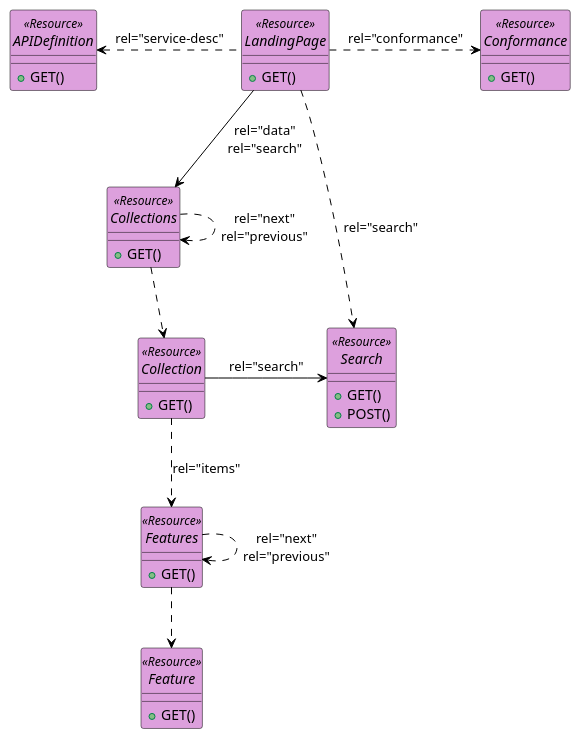
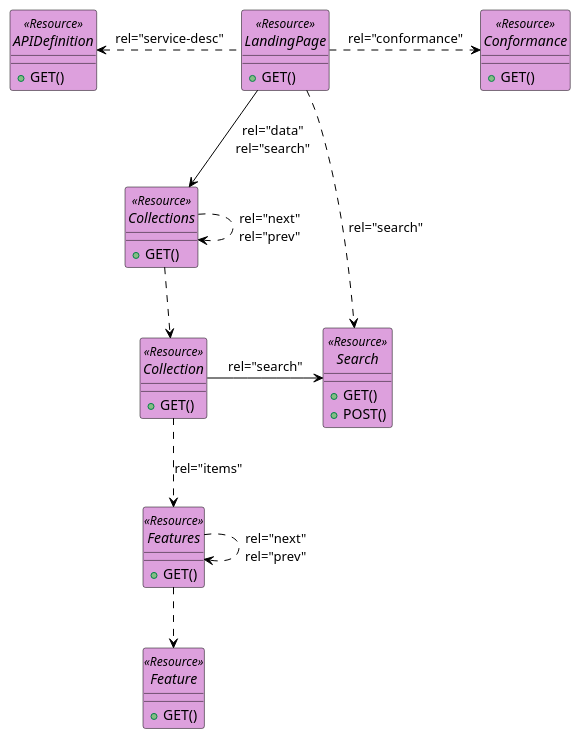
One commit to littleidiot40/stac-federated-search changed the diagram in figures/resources.puml. Above: the diagram before and after it, drawn with PlantUML. The commit also changed 1 other file, not shown here.

Commit message:
renamed previous into prev

```diff
--- a/figures/resources.puml
+++ b/figures/resources.puml
@@ -1,72 +1,72 @@
 @startuml
 
 
 allowmixing
 
 skinparam componentStyle uml2
 skinparam ArrowColor Black
 skinparam ClassBorderColor Black
 skinparam ComponentBorderColor Black
 skinparam ObjectBorderColor Black
 
 hide circle
 ' hide <<Resource>> circle
 show <<GeoJSON>> circle
 ' hide <<Interface>> circle
 
 
 ' interface "<<Resource>>\nC" as CreateFeature #Plum
 
 interface LandingPage <<Resource>>  #Plum {
     +GET()
 }
 
 interface APIDefinition <<Resource>> #Plum {
    +GET()
 }
 
 interface Conformance <<Resource>> #Plum {
    +GET()
 }
 
 interface Collections <<Resource>> #Plum {
    +GET()
 }
 
 interface Collection <<Resource>> #Plum {
    +GET()
 }
 
 interface Features <<Resource>> #Plum {
    +GET()
 }
 
 interface Feature <<Resource>> #Plum {
    +GET()
 }
 
 interface Search <<Resource>> #Plum {
    +GET()
    +POST()
 }
 
 
 LandingPage .left.> APIDefinition : "rel="service-desc"" 
 LandingPage .right.> Conformance : "rel="conformance"" 
 LandingPage ..> Search : "rel="search"" 
 LandingPage -down-> Collections : "rel="data"\nrel="search"" 
 Collections .down.> Collection  
 
-Collections ..> Collections : "rel="next"\nrel="previous""
+Collections ..> Collections : "rel="next"\nrel="prev""
 
 Collection .down.> Features : "rel="items""
 
 
 
 Collection -right-> Search : "rel="search""
 Features .down.> Feature 
 
-Features ..> Features : "rel="next"\nrel="previous""
+Features ..> Features : "rel="next"\nrel="prev""
 
 
 @enduml
```
